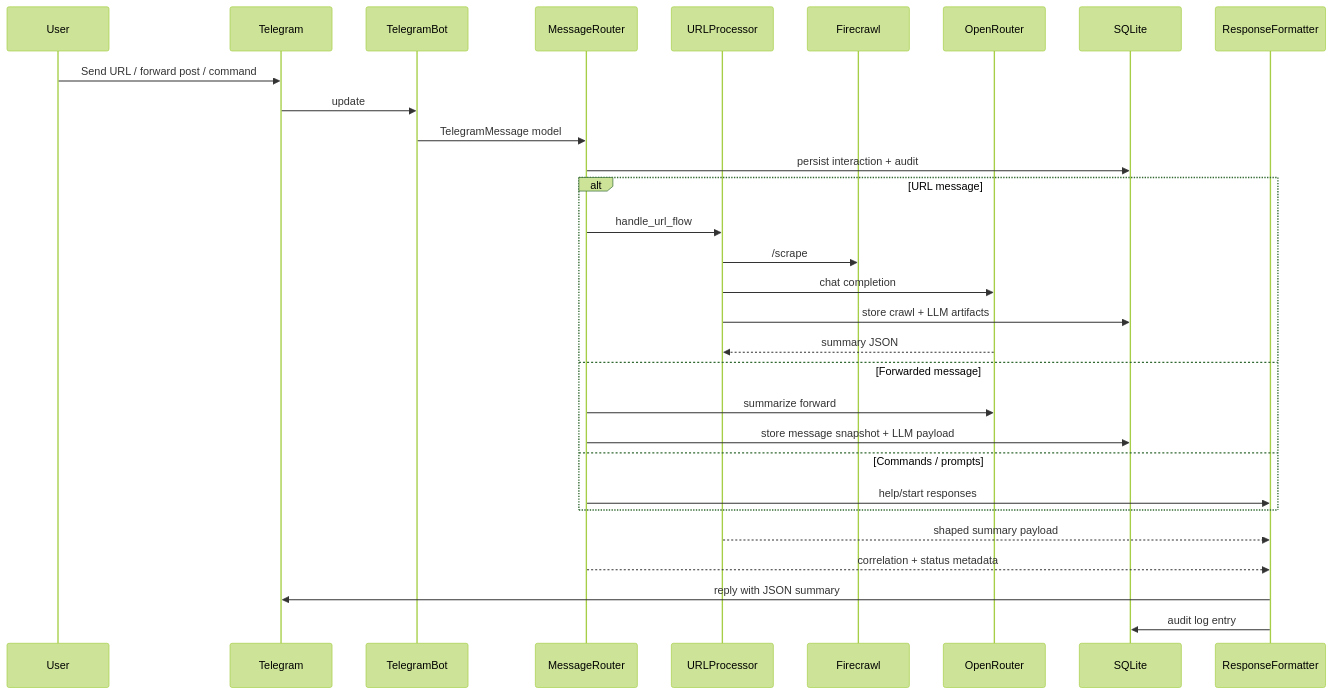
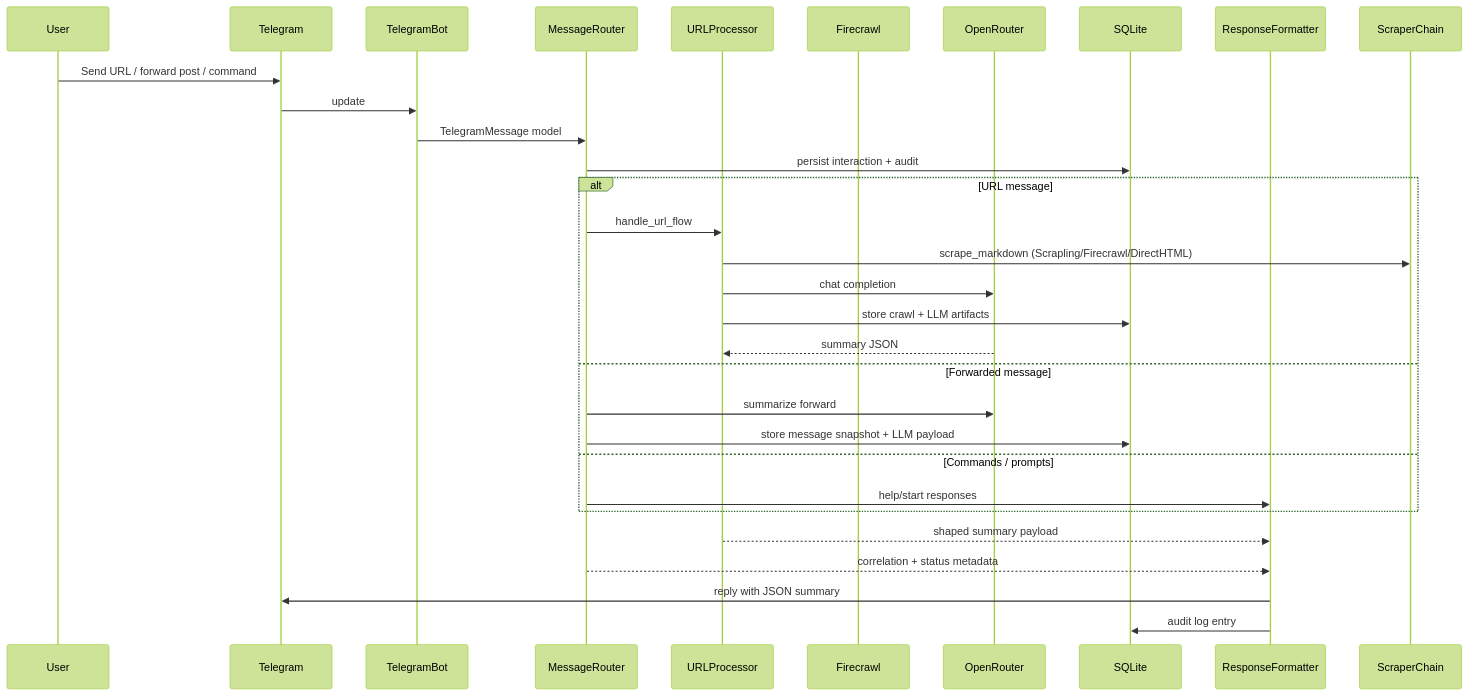
Before and after one commit to po4yka/bite-size-reader: the second of 5 diagrams in docs/SPEC.md, drawn with Mermaid (forest theme). The commit also changed other lines of this file and 8 other files, not shown here.

First line of the commit message:
docs: Update documentation for multi-provider scraper chain architecture

````diff
--- a/docs/SPEC.md
+++ b/docs/SPEC.md
@@ -170,33 +173,33 @@
 ```mermaid
 sequenceDiagram
   participant User
   participant Telegram
   participant Bot as TelegramBot
   participant Router as MessageRouter
   participant URLProc as URLProcessor
   participant Firecrawl
   participant OpenRouter
   participant DB as SQLite
   participant Formatter as ResponseFormatter
 
   User->>Telegram: Send URL / forward post / command
   Telegram->>Bot: update
   Bot->>Router: TelegramMessage model
   Router->>DB: persist interaction + audit
   alt URL message
     Router->>URLProc: handle_url_flow
-    URLProc->>Firecrawl: /scrape
+    URLProc->>ScraperChain: scrape_markdown (Scrapling/Firecrawl/DirectHTML)
     URLProc->>OpenRouter: chat completion
     URLProc->>DB: store crawl + LLM artifacts
     OpenRouter-->>URLProc: summary JSON
   else Forwarded message
     Router->>OpenRouter: summarize forward
     Router->>DB: store message snapshot + LLM payload
   else Commands / prompts
     Router->>Formatter: help/start responses
   end
   URLProc-->>Formatter: shaped summary payload
   Router-->>Formatter: correlation + status metadata
   Formatter->>Telegram: reply with JSON summary
   Formatter->>DB: audit log entry
 ```
````
